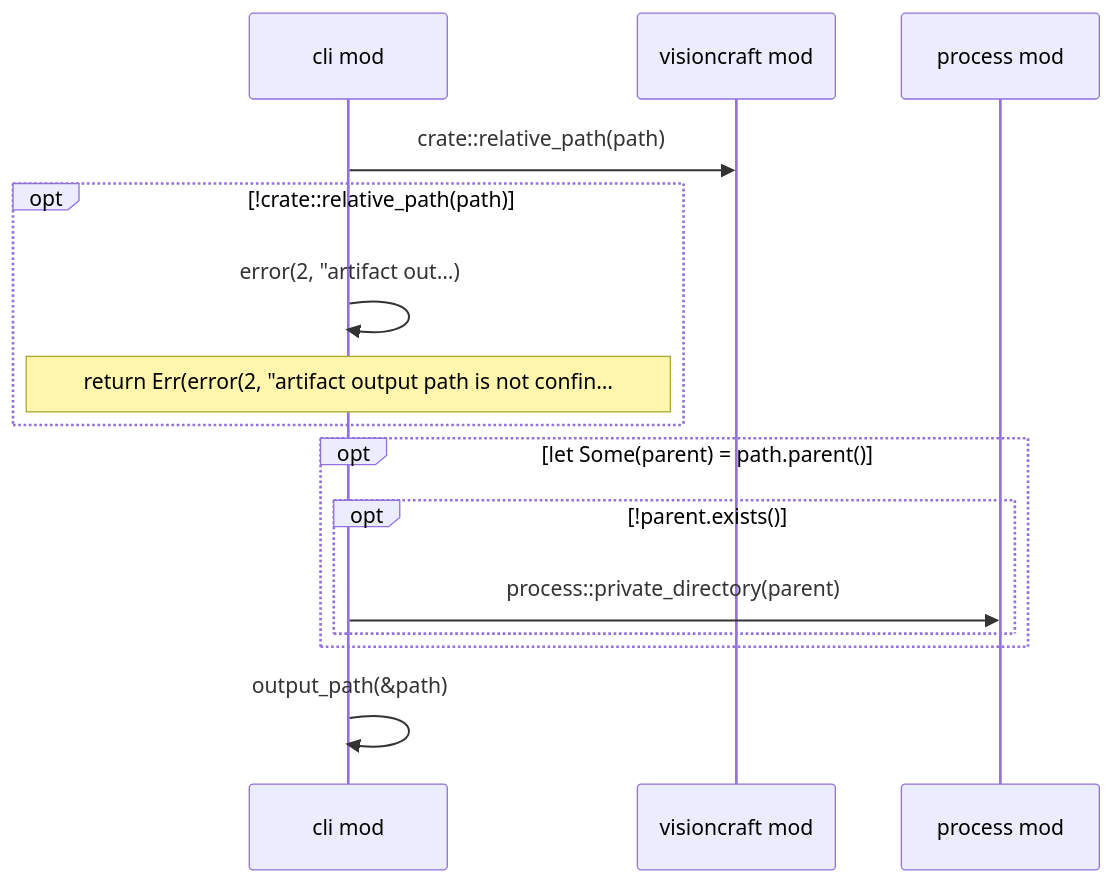
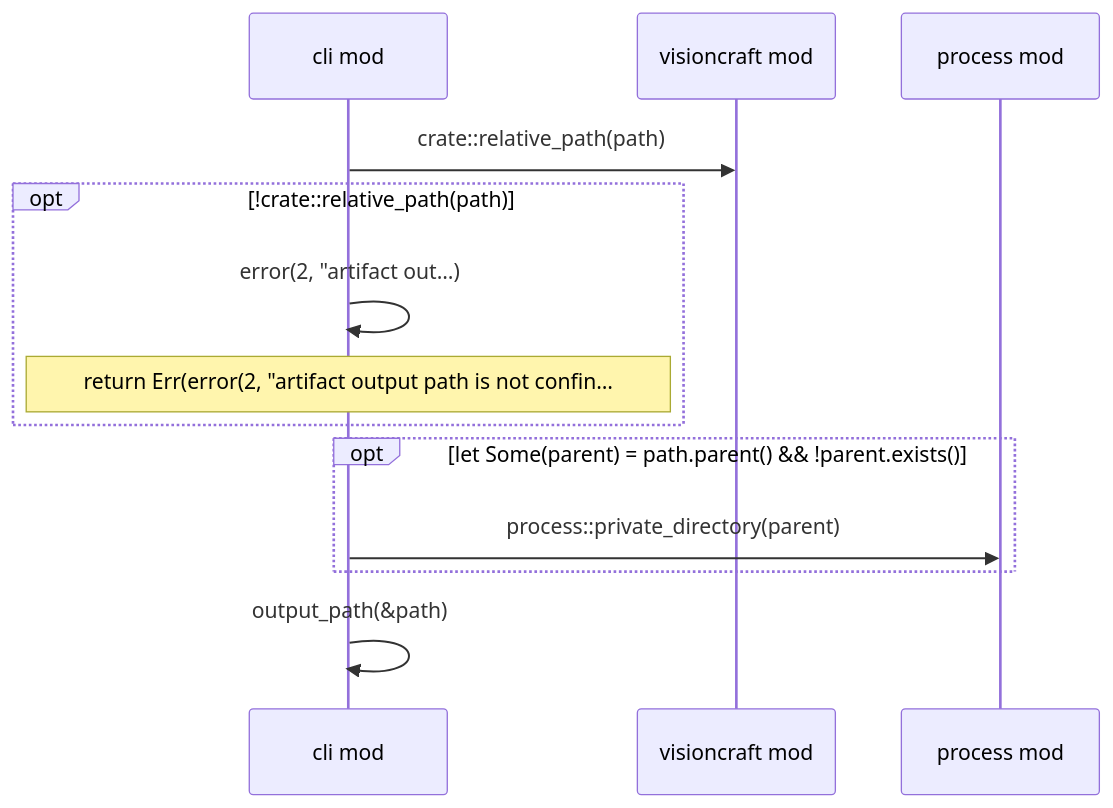
Before and after one commit to DreamLab-AI/visioncraft: diagram 13 of 17 in docs/diagrams/generated/src/cli.rs.md, drawn with Mermaid. The commit also changed other lines of this file and 12 other files, not shown here.

Commit message:
Refresh verified ADRs and source-derived diagrams after review repairs

````diff
--- a/docs/diagrams/generated/src/cli.rs.md
+++ b/docs/diagrams/generated/src/cli.rs.md
@@ -354,17 +357,15 @@
 ```mermaid
 sequenceDiagram
   participant visioncraft__cli as cli mod
   participant visioncraft as visioncraft mod
   participant visioncraft__process as process mod
   visioncraft__cli->>visioncraft: crate::relative_path(path)
   opt !crate::relative_path(path)
     visioncraft__cli->>visioncraft__cli: error(2, #quot;artifact out…)
     Note over visioncraft__cli: return Err(error(2, #quot;artifact output path is not confin…
   end
-  opt let Some(parent) = path.parent()
-    opt !parent.exists()
-      visioncraft__cli->>visioncraft__process: process::private_directory(parent)
-    end
+  opt let Some(parent) = path.parent() && !parent.exists()
+    visioncraft__cli->>visioncraft__process: process::private_directory(parent)
   end
   visioncraft__cli->>visioncraft__cli: output_path(&path)
 ```
````
